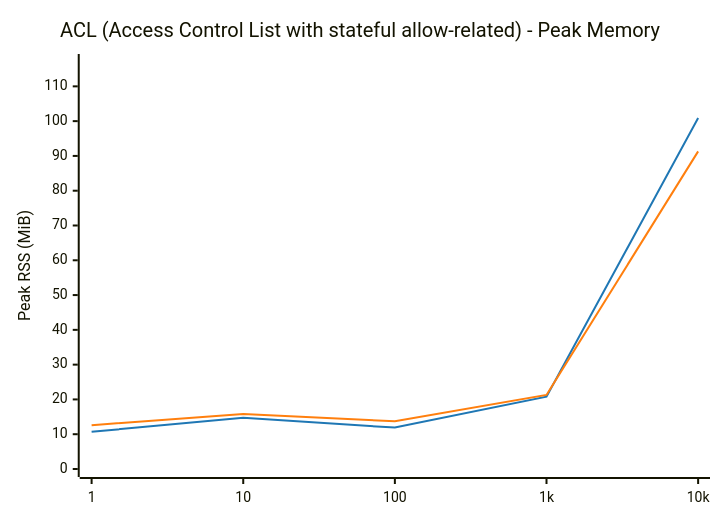
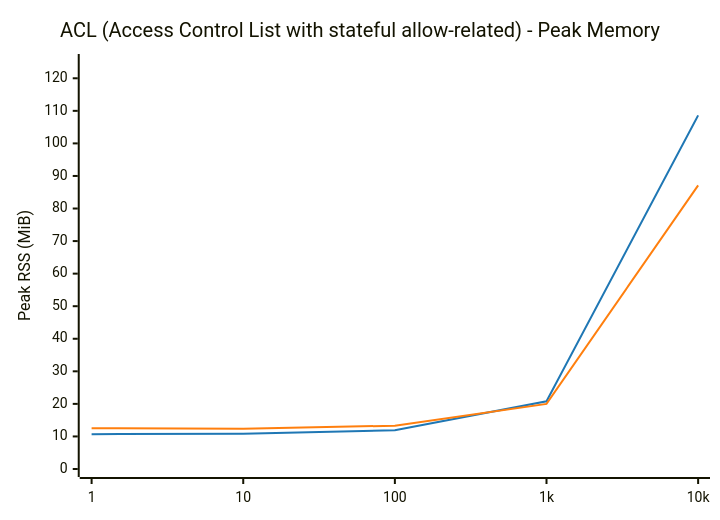
The fourth of 16 diagrams in results/BENCHMARK_REPORT.md (LionelJouin/ovs-ovn-bench), drawn with Mermaid before and after one commit. The commit also changed other lines of this file and 1 other file, not shown here.

````diff
--- a/results/BENCHMARK_REPORT.md
+++ b/results/BENCHMARK_REPORT.md
@@ -193,14 +193,14 @@
 ```mermaid
 ---
 config:
     themeVariables:
         xyChart:
             plotColorPalette: "#1f77b4, #ff7f0e"
 ---
 xychart-beta
     title "ACL (Access Control List with stateful allow-related) - Peak Memory"
     x-axis ["1", "10", "100", "1k", "10k"]
-    y-axis "Peak RSS (MiB)" 0 --> 117
-    line "glibc malloc" [10.7, 14.7, 11.9, 20.8, 100.9]
-    line "jemalloc" [12.6, 15.8, 13.7, 21.3, 91.3]
+    y-axis "Peak RSS (MiB)" 0 --> 125
+    line "glibc malloc" [10.7, 10.8, 11.9, 20.8, 108.6]
+    line "jemalloc" [12.5, 12.4, 13.3, 20.0, 87.1]
 ```
````
